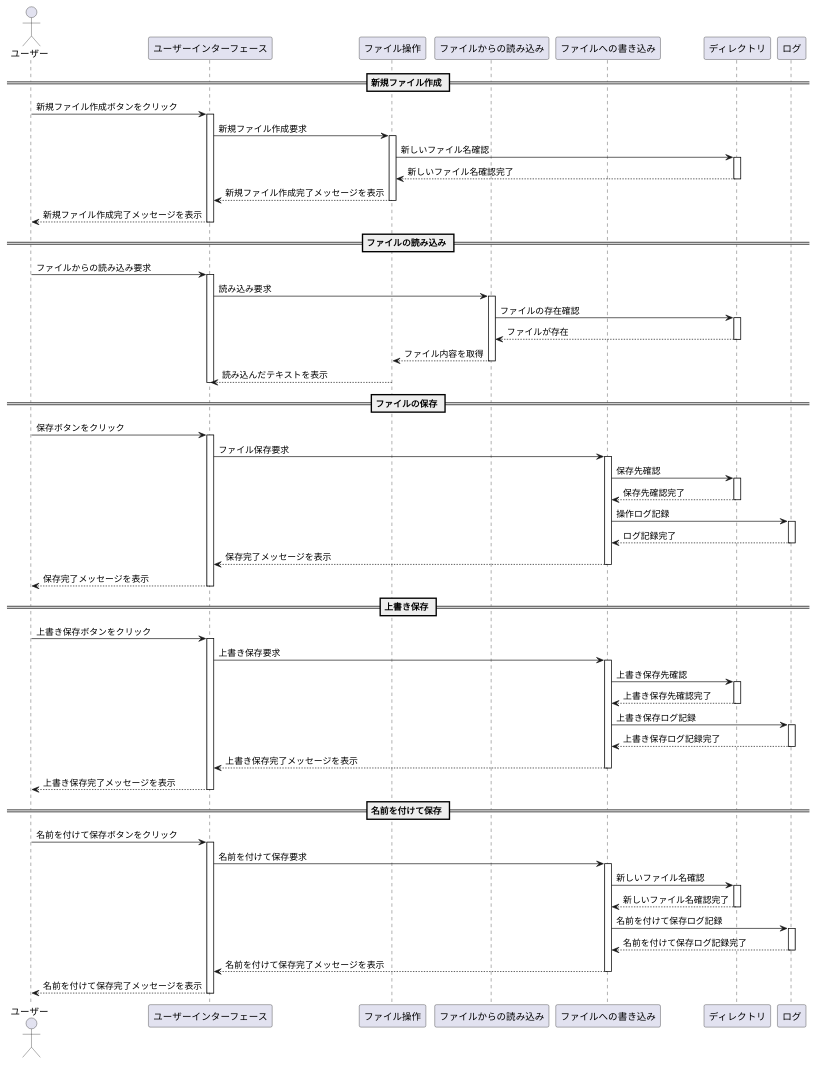
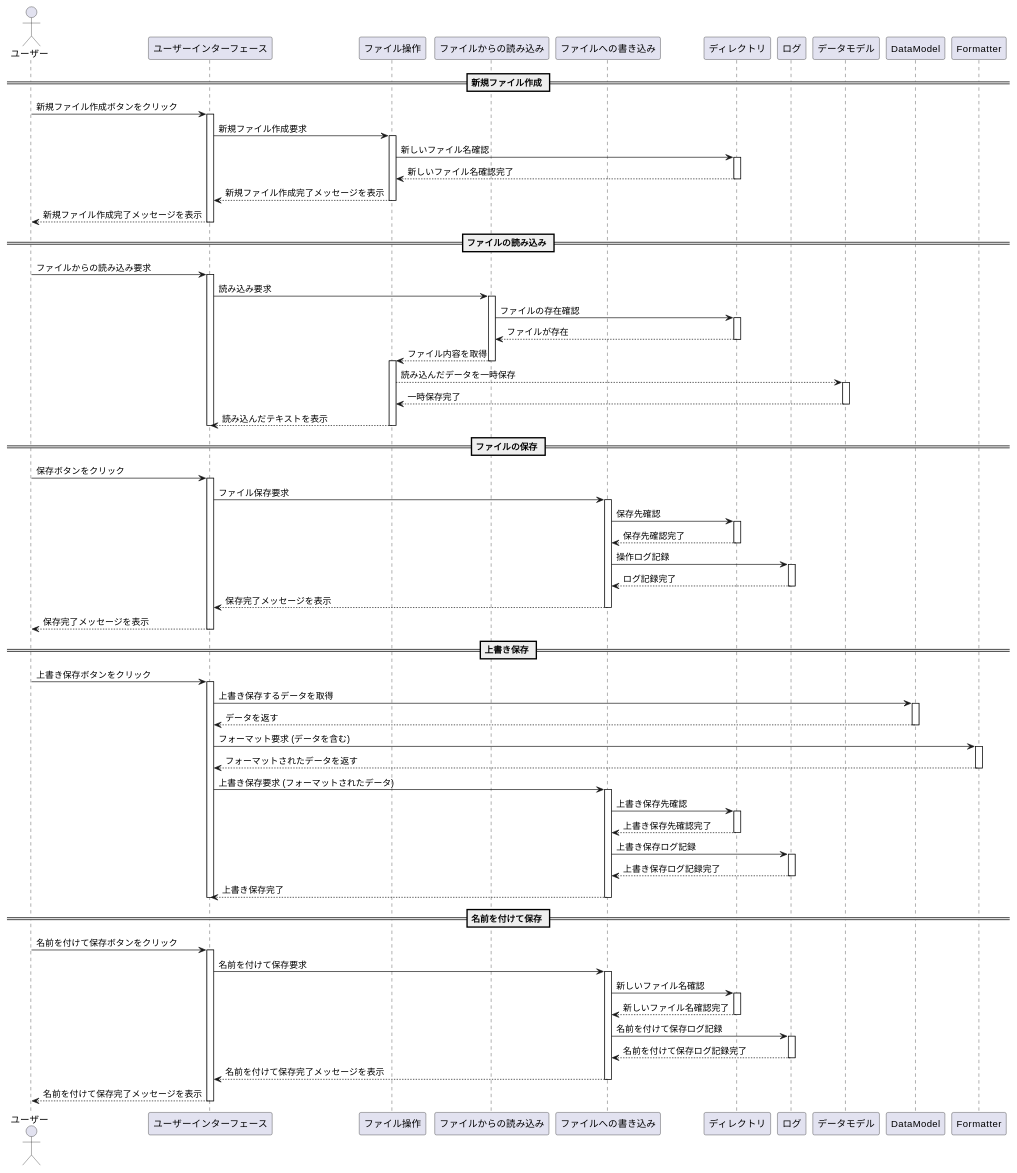
One commit to aka1ha2n3e/project00 changed the diagram in uml/Sqc_File.puml. Above: the diagram before and after it, drawn with PlantUML. The commit also changed 1 other file, not shown here.

```diff
--- a/uml/Sqc_File.puml
+++ b/uml/Sqc_File.puml
@@ -1,124 +1,144 @@
 @startuml
 
 actor User as "ユーザー"
 participant "ユーザーインターフェース" as UI
 participant "ファイル操作" as FileOperation
 participant "ファイルからの読み込み" as FileInput
 participant "ファイルへの書き込み" as FileOutput
 participant "ディレクトリ" as Directory
 participant "ログ" as Log
+participant "データモデル" as TempStorage
 
 == 新規ファイル作成 ==
 User -> UI : 新規ファイル作成ボタンをクリック
 activate UI
 
 UI -> FileOperation : 新規ファイル作成要求
 activate FileOperation
 
 FileOperation -> Directory : 新しいファイル名確認
 activate Directory
 
 Directory --> FileOperation : 新しいファイル名確認完了
 deactivate Directory
 
 FileOperation --> UI : 新規ファイル作成完了メッセージを表示
 deactivate FileOperation
 
 UI --> User : 新規ファイル作成完了メッセージを表示
 deactivate UI
 
 == ファイルの読み込み ==
 User -> UI : ファイルからの読み込み要求
 activate UI
 
 UI -> FileInput : 読み込み要求
 activate FileInput
 
 FileInput -> Directory : ファイルの存在確認
 activate Directory
 
 Directory --> FileInput : ファイルが存在
 deactivate Directory
 
 FileInput --> FileOperation : ファイル内容を取得
 deactivate FileInput
+activate FileOperation
+
+FileOperation --> TempStorage : 読み込んだデータを一時保存 
+activate TempStorage 
+
+TempStorage --> FileOperation : 一時保存完了
+deactivate TempStorage 
 
 FileOperation --> UI : 読み込んだテキストを表示
 deactivate UI
+deactivate FileOperation
 
 == ファイルの保存 ==
 User -> UI : 保存ボタンをクリック
 activate UI
 
 UI -> FileOutput : ファイル保存要求
 activate FileOutput
 
 FileOutput -> Directory : 保存先確認
 activate Directory
 
 Directory --> FileOutput : 保存先確認完了
 deactivate Directory
 
 FileOutput -> Log : 操作ログ記録
 activate Log
 
 Log --> FileOutput : ログ記録完了
 deactivate Log
 
 FileOutput --> UI : 保存完了メッセージを表示
 deactivate FileOutput
 
 UI --> User : 保存完了メッセージを表示
 deactivate UI
 
 == 上書き保存 ==
 User -> UI : 上書き保存ボタンをクリック
 activate UI
 
-UI -> FileOutput : 上書き保存要求
+UI -> DataModel : 上書き保存するデータを取得
+activate DataModel
+
+DataModel --> UI : データを返す
+deactivate DataModel
+
+UI -> Formatter : フォーマット要求 (データを含む)
+activate Formatter
+
+Formatter --> UI : フォーマットされたデータを返す
+deactivate Formatter
+
+UI -> FileOutput : 上書き保存要求 (フォーマットされたデータ)
 activate FileOutput
 
 FileOutput -> Directory : 上書き保存先確認
 activate Directory
 
 Directory --> FileOutput : 上書き保存先確認完了
 deactivate Directory
 
 FileOutput -> Log : 上書き保存ログ記録
 activate Log
 
 Log --> FileOutput : 上書き保存ログ記録完了
 deactivate Log
 
-FileOutput --> UI : 上書き保存完了メッセージを表示
+FileOutput --> UI : 上書き保存完了
 deactivate FileOutput
 
-UI --> User : 上書き保存完了メッセージを表示
 deactivate UI
 
 == 名前を付けて保存 ==
 User -> UI : 名前を付けて保存ボタンをクリック
 activate UI
 
 UI -> FileOutput : 名前を付けて保存要求
 activate FileOutput
 
 FileOutput -> Directory : 新しいファイル名確認
 activate Directory
 
 Directory --> FileOutput : 新しいファイル名確認完了
 deactivate Directory
 
 FileOutput -> Log : 名前を付けて保存ログ記録
 activate Log
 
 Log --> FileOutput : 名前を付けて保存ログ記録完了
 deactivate Log
 
 FileOutput --> UI : 名前を付けて保存完了メッセージを表示
 deactivate FileOutput
 
 UI --> User : 名前を付けて保存完了メッセージを表示
 deactivate UI
 
 @enduml
```
